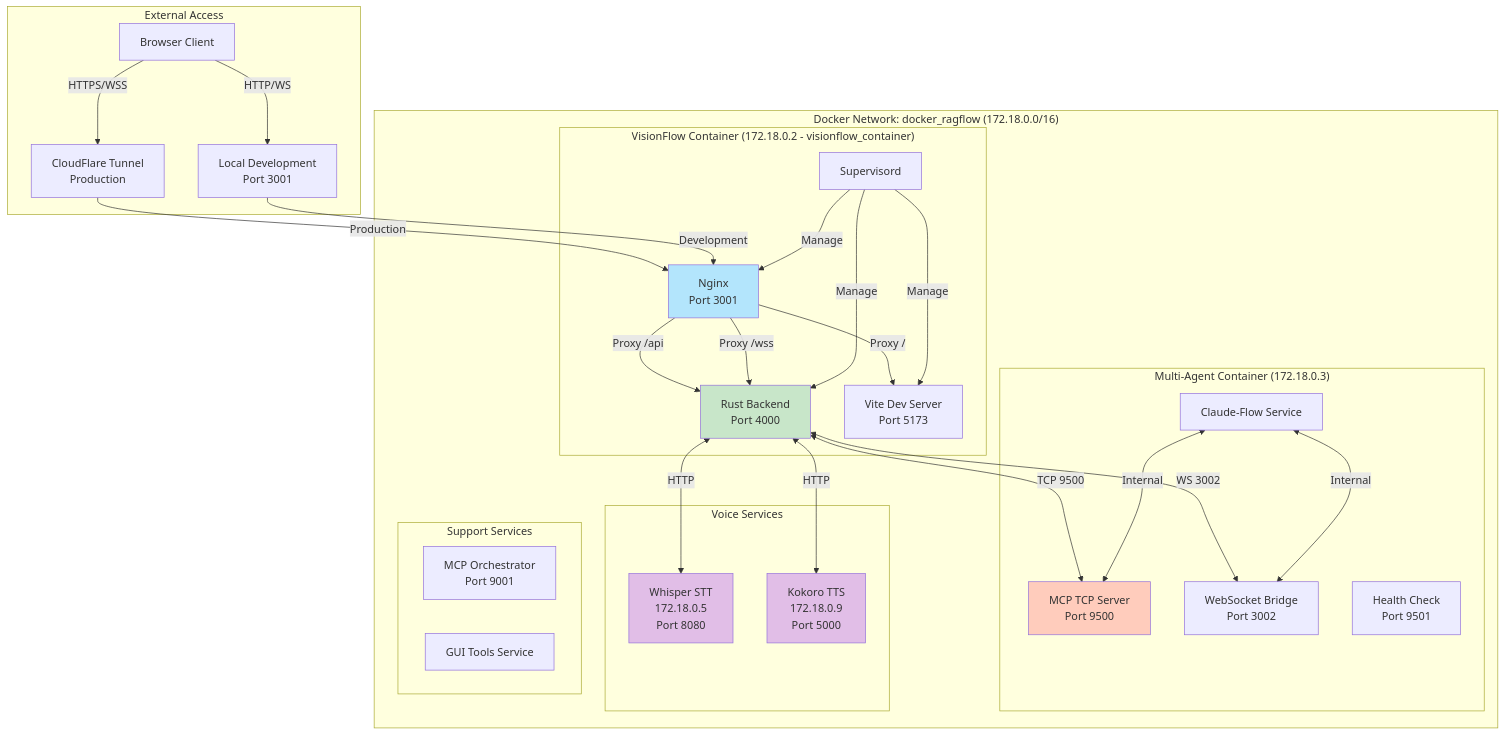
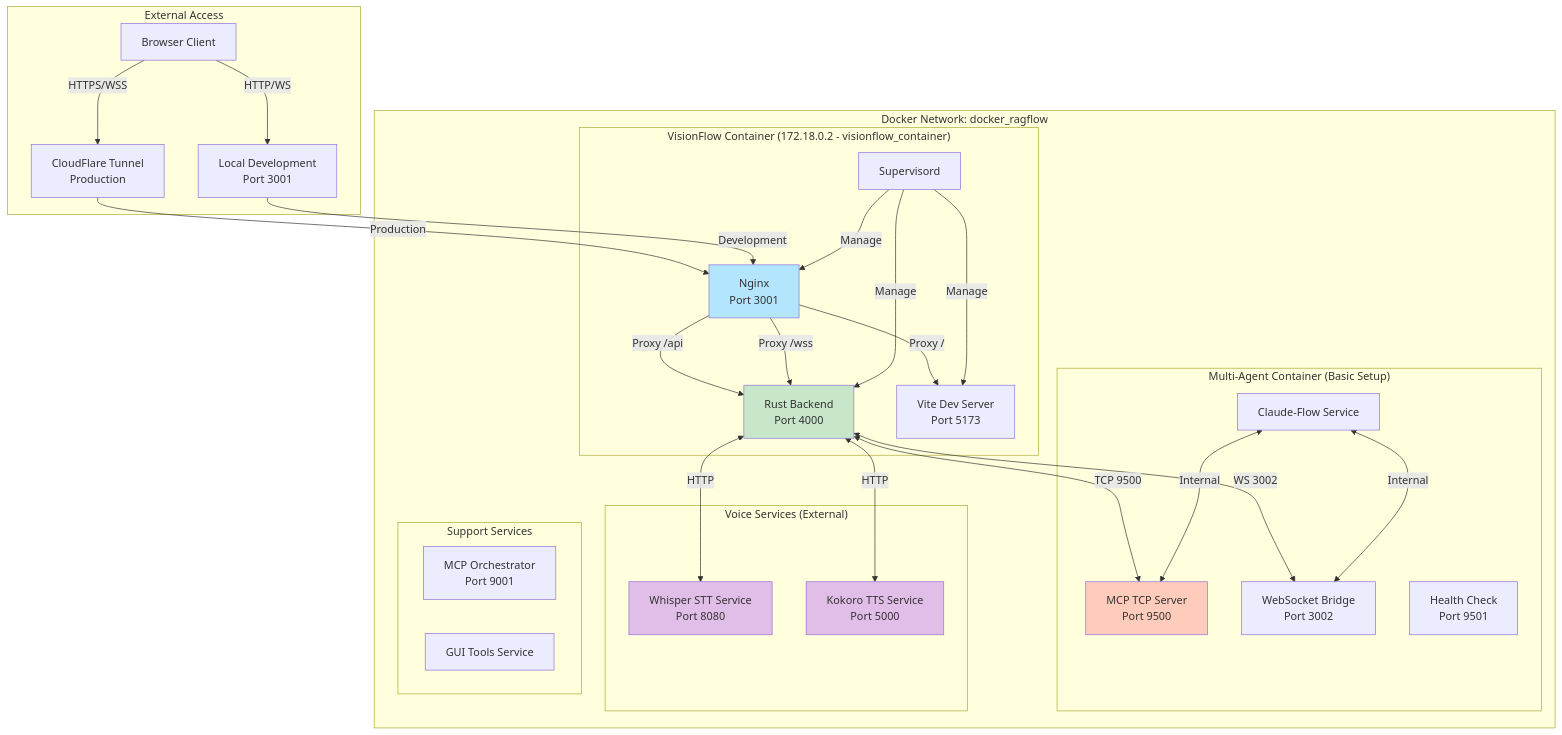
Before and after one commit to DreamLab-AI/VisionFlow: the first of 27 diagrams in docs/high-level.md, drawn with Mermaid. The commit also changed other lines of this file and 112 other files, not shown here.

````diff
--- a/docs/high-level.md
+++ b/docs/high-level.md
@@ -142,62 +141,62 @@
 ```mermaid
 graph TB
-    subgraph "Docker Network: docker_ragflow (172.18.0.0/16)"
+    subgraph "Docker Network: docker_ragflow"
         subgraph "VisionFlow Container (172.18.0.2 - visionflow_container)"
             Nginx[Nginx<br/>Port 3001]
             Backend[Rust Backend<br/>Port 4000]
             Frontend[Vite Dev Server<br/>Port 5173]
             Supervisor[Supervisord]
         end
 
-        subgraph "Multi-Agent Container (172.18.0.3)"
+        subgraph "Multi-Agent Container (Basic Setup)"
             ClaudeFlow[Claude-Flow Service]
             MCPServer[MCP TCP Server<br/>Port 9500]
             WSBridge[WebSocket Bridge<br/>Port 3002]
             HealthCheck[Health Check<br/>Port 9501]
         end
 
-        subgraph "Voice Services"
-            Whisper[Whisper STT<br/>172.18.0.5<br/>Port 8080]
-            Kokoro[Kokoro TTS<br/>172.18.0.9<br/>Port 5000]
+        subgraph "Voice Services (External)"
+            Whisper[Whisper STT Service<br/>Port 8080]
+            Kokoro[Kokoro TTS Service<br/>Port 5000]
         end
 
         subgraph "Support Services"
             MCP_Orchestrator[MCP Orchestrator<br/>Port 9001]
             GUI_Tools[GUI Tools Service]
         end
     end
 
     subgraph "External Access"
         Browser[Browser Client]
         CloudFlare[CloudFlare Tunnel<br/>Production]
         LocalDev[Local Development<br/>Port 3001]
     end
 
     %% Connections
     Browser -->|HTTP/WS| LocalDev
     Browser -->|HTTPS/WSS| CloudFlare
     CloudFlare -->|Production| Nginx
     LocalDev -->|Development| Nginx
 
     Nginx -->|Proxy /api| Backend
     Nginx -->|Proxy /| Frontend
     Nginx -->|Proxy /wss| Backend
 
     Backend <-->|TCP 9500| MCPServer
     Backend <-->|WS 3002| WSBridge
     Backend <-->|HTTP| Whisper
     Backend <-->|HTTP| Kokoro
 
     ClaudeFlow <-->|Internal| MCPServer
     ClaudeFlow <-->|Internal| WSBridge
 
     Supervisor -->|Manage| Nginx
     Supervisor -->|Manage| Backend
     Supervisor -->|Manage| Frontend
 
     style Backend fill:#c8e6c9
     style MCPServer fill:#ffccbc
     style Whisper fill:#e1bee7
     style Kokoro fill:#e1bee7
     style Nginx fill:#b3e5fc
 ```
````
